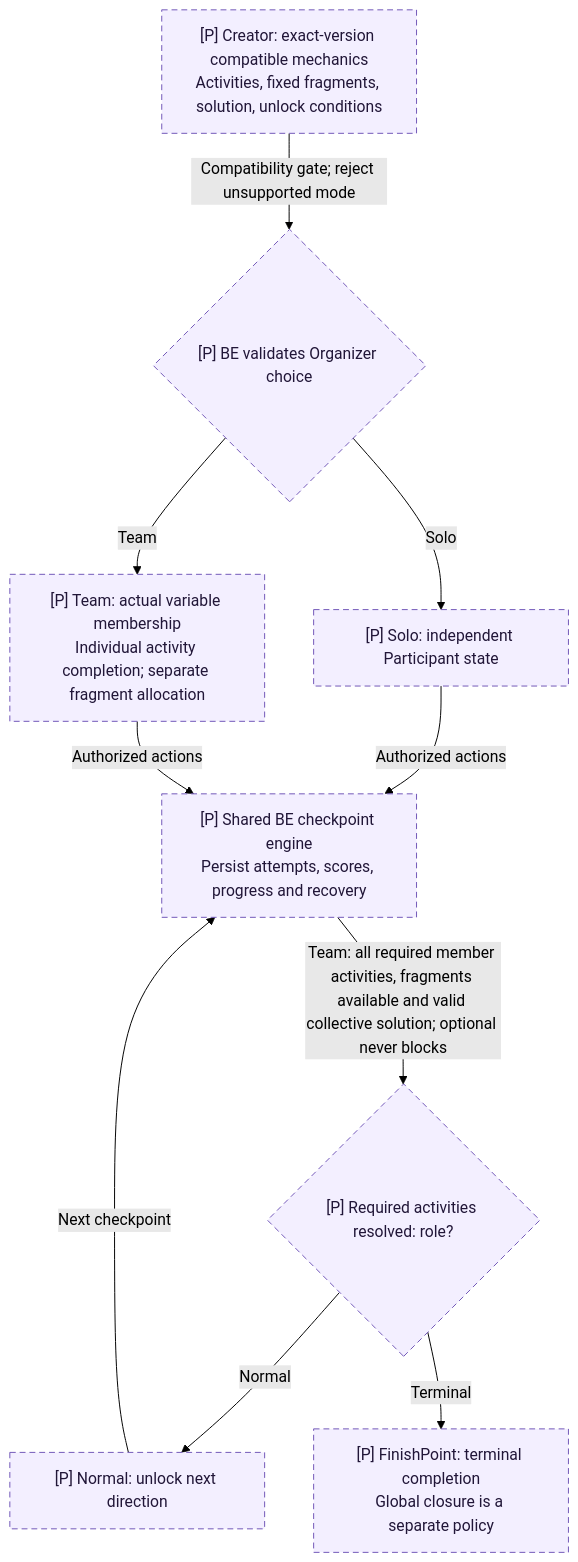
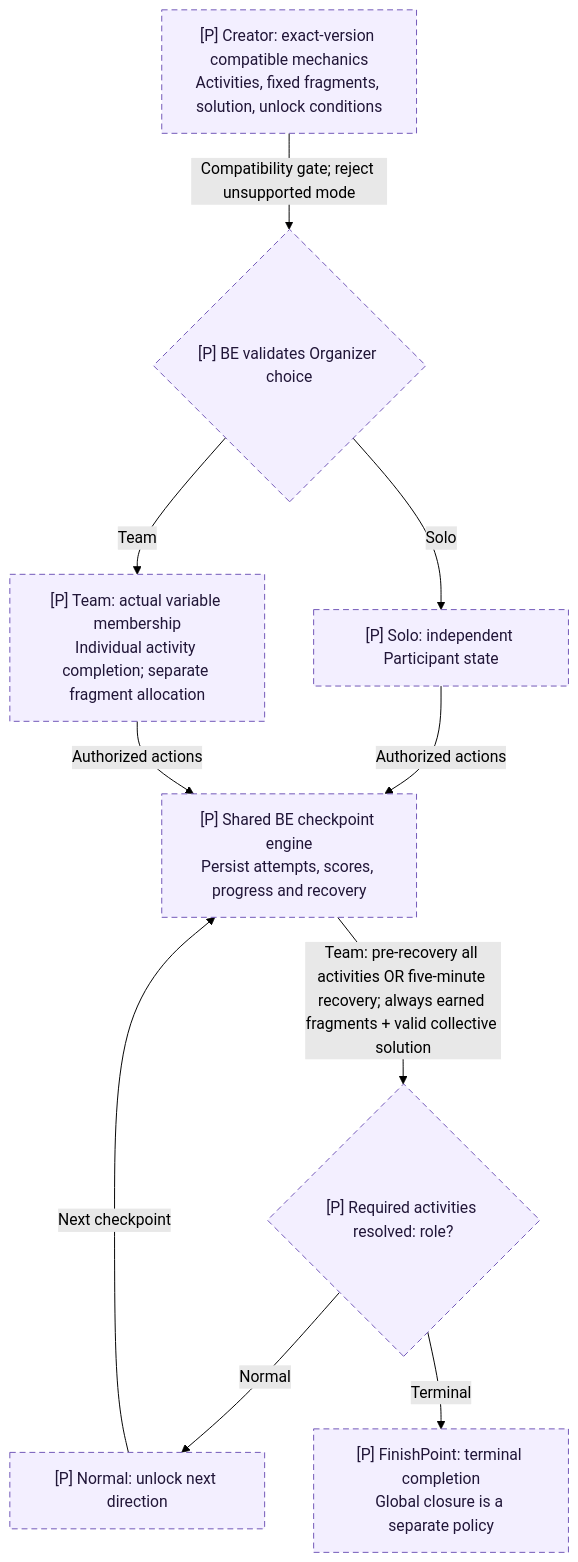
Before and after one commit to tedixdev-arch/Tedix_Hunt_FE: the second of 19 diagrams in docs/TedixHunt_Prototype_Architecture_Implementation_Plan.md, drawn with Mermaid (forest theme). The commit also changed other lines of this file and 1 other file, not shown here.

Commit message:
docs: define automatic five-minute Team Challenge recovery

````diff
--- a/docs/TedixHunt_Prototype_Architecture_Implementation_Plan.md
+++ b/docs/TedixHunt_Prototype_Architecture_Implementation_Plan.md
@@ -191,22 +203,22 @@
 ```mermaid
 flowchart TB
   template["[P] Creator: exact-version compatible mechanics<br/>Activities, fixed fragments, solution, unlock conditions"]
   mode{"[P] BE validates Organizer choice"}
   solo["[P] Solo: independent Participant state"]
   team["[P] Team: actual variable membership<br/>Individual activity completion; separate fragment allocation"]
   engine["[P] Shared BE checkpoint engine<br/>Persist attempts, scores, progress and recovery"]
   role{"[P] Required activities resolved: role?"}
   next["[P] Normal: unlock next direction"]
   finish["[P] FinishPoint: terminal completion<br/>Global closure is a separate policy"]
   template -->|"Compatibility gate; reject unsupported mode"| mode
   mode -->|"Solo"| solo
   mode -->|"Team"| team
   solo -->|"Authorized actions"| engine
   team -->|"Authorized actions"| engine
-  engine -->|"Team: all required member activities, fragments available and valid collective solution; optional never blocks"| role
+  engine -->|"Team: pre-recovery all activities OR five-minute recovery; always earned fragments + valid collective solution"| role
   role -->|"Normal"| next
   next -->|"Next checkpoint"| engine
   role -->|"Terminal"| finish
   classDef planned fill:#F3EFFF,stroke:#7157B8,stroke-dasharray:6 4,color:#211638;
   class template,mode,solo,team,engine,role,next,finish planned;
 ```
````
